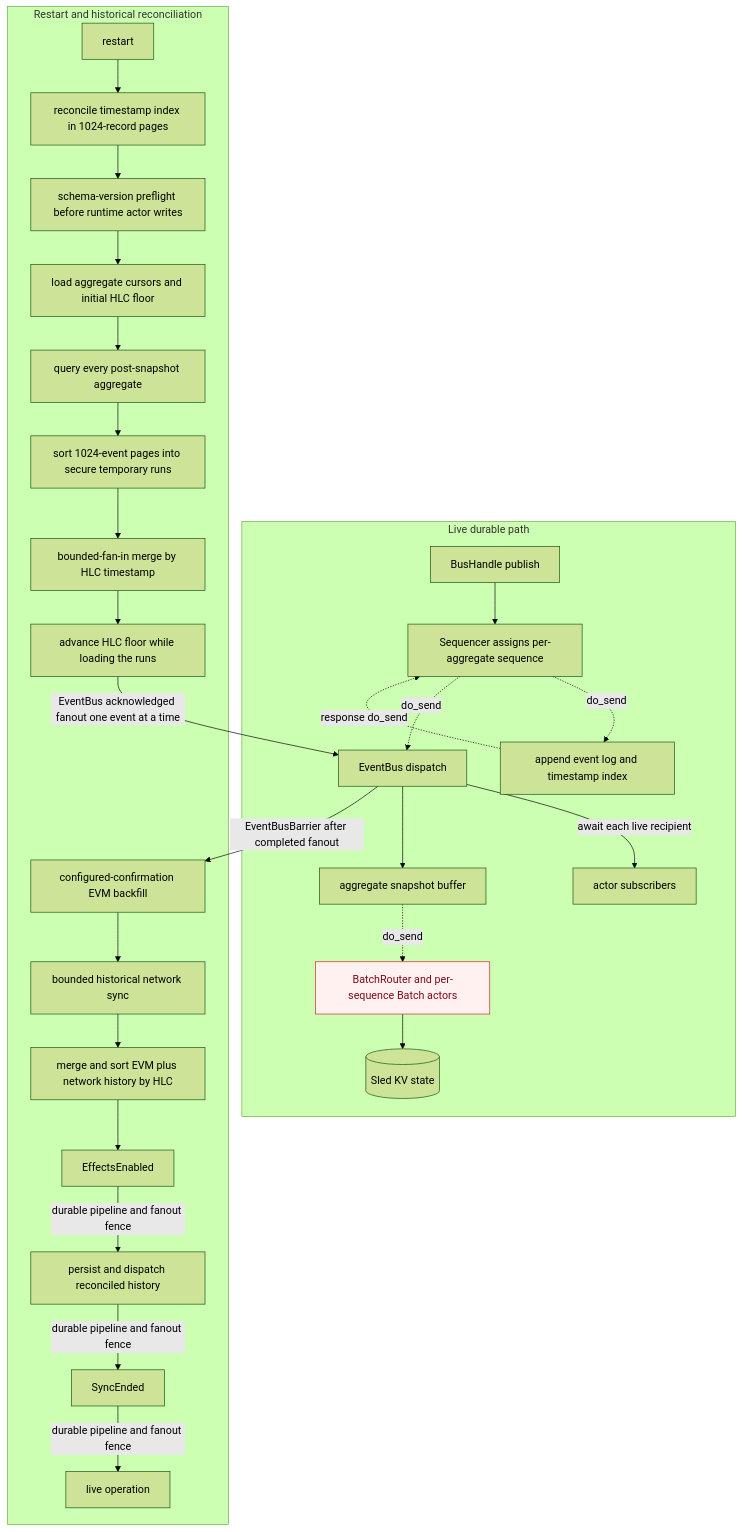
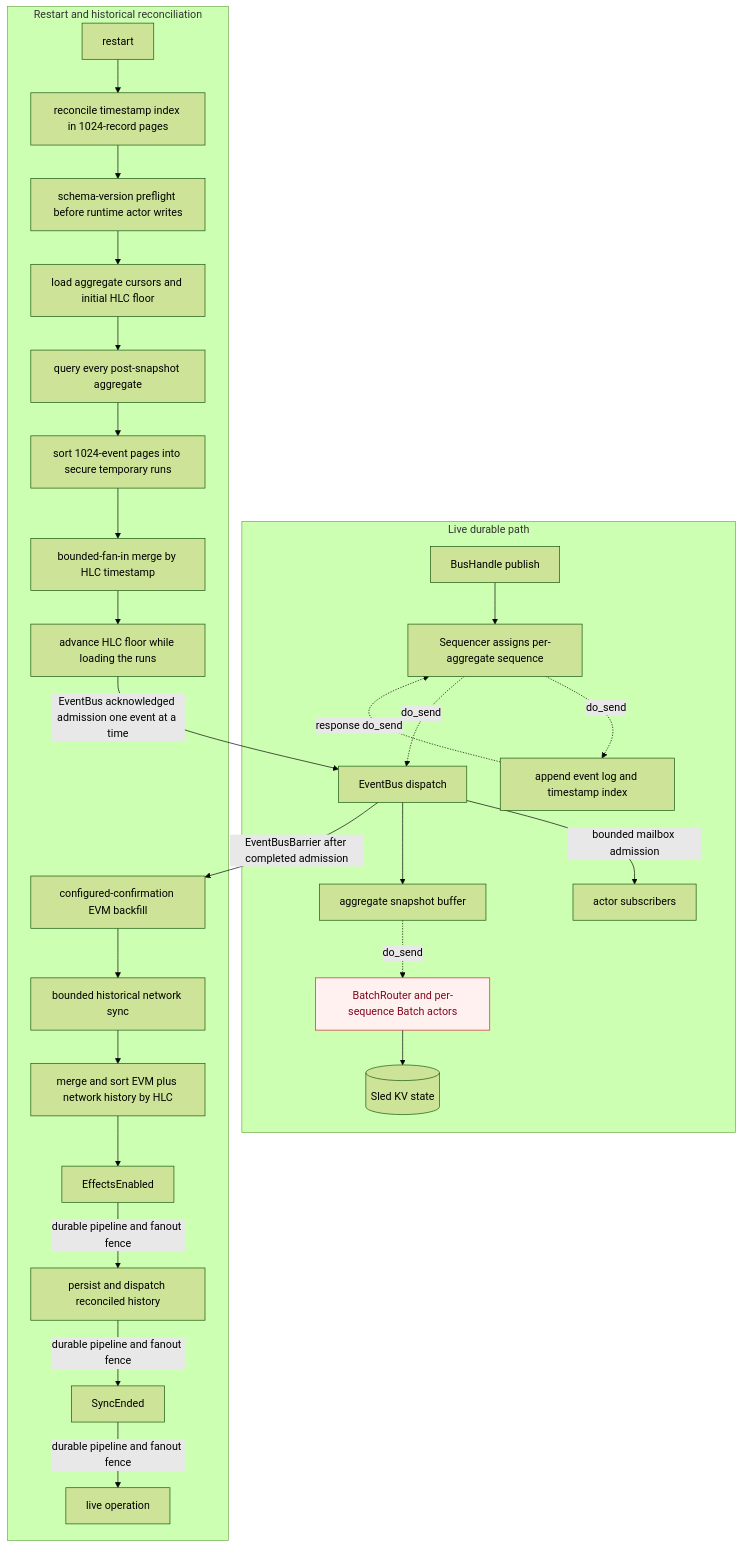
One commit to gnosisguild/interfold changed the fifth of 15 diagrams in agent/CRATES_ARCHITECTURE.md. Above: the diagram before and after it, drawn with Mermaid (forest theme). The commit also changed other lines of this file and 6 other files, not shown here.

Commit message:
fix(events): acknowledge mailbox admission (B-03)

````diff
--- a/agent/CRATES_ARCHITECTURE.md
+++ b/agent/CRATES_ARCHITECTURE.md
@@ -328,34 +328,34 @@
 ```mermaid
 flowchart TD
     subgraph LivePath[Live durable path]
         Publish[BusHandle publish] --> Sequencer[Sequencer assigns per-aggregate sequence]
         Sequencer -. do_send .-> EventStore[append event log and timestamp index]
         EventStore -. response do_send .-> Sequencer
         Sequencer -. do_send .-> Dispatch[EventBus dispatch]
-        Dispatch -->|await each live recipient| Subscribers[actor subscribers]
+        Dispatch -->|bounded mailbox admission| Subscribers[actor subscribers]
         Dispatch --> SnapshotBuffer[aggregate snapshot buffer]
         SnapshotBuffer -. do_send .-> SnapshotRouter[BatchRouter and per-sequence Batch actors]
         SnapshotRouter --> Repositories[(Sled KV state)]
     end
 
     subgraph Recovery[Restart and historical reconciliation]
         Restart[restart] --> Index[reconcile timestamp index in 1024-record pages]
         Index --> Schema[schema-version preflight before runtime actor writes]
         Schema --> SnapshotMeta[load aggregate cursors and initial HLC floor]
         SnapshotMeta --> Query[query every post-snapshot aggregate]
         Query --> Runs[sort 1024-event pages into secure temporary runs]
         Runs --> GlobalOrder[bounded-fan-in merge by HLC timestamp]
         GlobalOrder --> ReplayFloor[advance HLC floor while loading the runs]
-        ReplayFloor -->|EventBus acknowledged fanout one event at a time| Dispatch
-        Dispatch -->|EventBusBarrier after completed fanout| EvmBackfill[configured-confirmation EVM backfill]
+        ReplayFloor -->|EventBus acknowledged admission one event at a time| Dispatch
+        Dispatch -->|EventBusBarrier after completed admission| EvmBackfill[configured-confirmation EVM backfill]
         EvmBackfill --> NetBackfill[bounded historical network sync]
         NetBackfill --> Merge[merge and sort EVM plus network history by HLC]
         Merge --> Enable[EffectsEnabled]
         Enable -->|durable pipeline and fanout fence| PersistHistory[persist and dispatch reconciled history]
         PersistHistory -->|durable pipeline and fanout fence| End[SyncEnded]
         End -->|durable pipeline and fanout fence| Live[live operation]
     end
 
     classDef residual fill:#fff1f0,stroke:#cf222e,color:#82071e
     class SnapshotRouter residual
 ```
````
